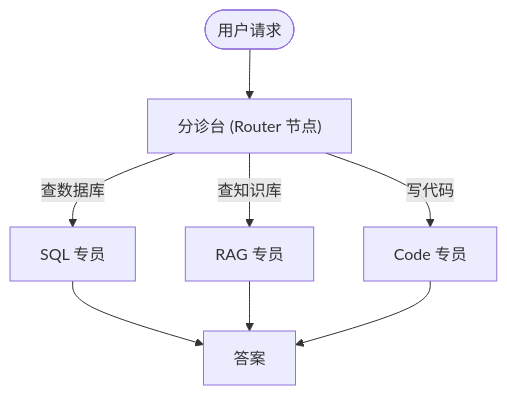
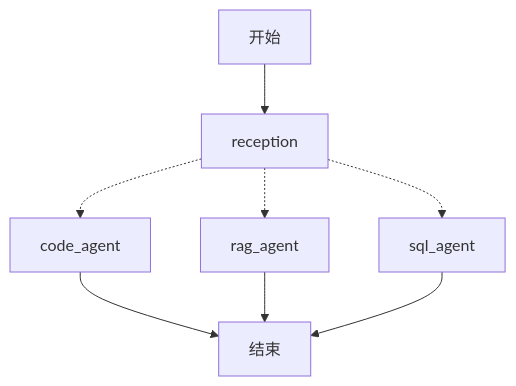
One commit to buffer121328/vibe-coding-and-agents changed the diagram in 10_LangGraph搭建工作流/code/workbench/assets/12-diagram-02.mmd. Above: the diagram before and after it, drawn with Mermaid. The commit also changed 41 other files, not shown here.

```diff
--- a/10_LangGraph搭建工作流/code/workbench/assets/12-diagram-02.mmd
+++ b/10_LangGraph搭建工作流/code/workbench/assets/12-diagram-02.mmd
@@ -1,8 +1,14 @@
 graph TD
-    User(["用户请求"]) --> Reception["分诊台 (Router 节点)"]
-    Reception -->|"查数据库"| SQL["SQL 专员"]
-    Reception -->|"查知识库"| RAG["RAG 专员"]
-    Reception -->|"写代码"| Code["Code 专员"]
-    SQL --> FinalA["答案"]
-    RAG --> FinalA
-    Code --> FinalA
+__start__["开始"]
+    reception["reception"]
+    sql_agent["sql_agent"]
+    rag_agent["rag_agent"]
+    code_agent["code_agent"]
+    __end__["结束"]
+    __start__ --> reception
+    reception -.-> code_agent
+    reception -.-> rag_agent
+    reception -.-> sql_agent
+    code_agent --> __end__
+    rag_agent --> __end__
+    sql_agent --> __end__
```
